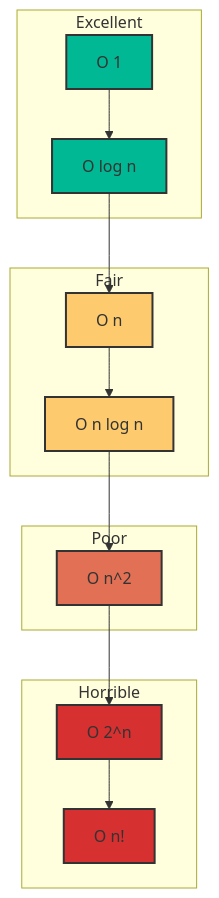
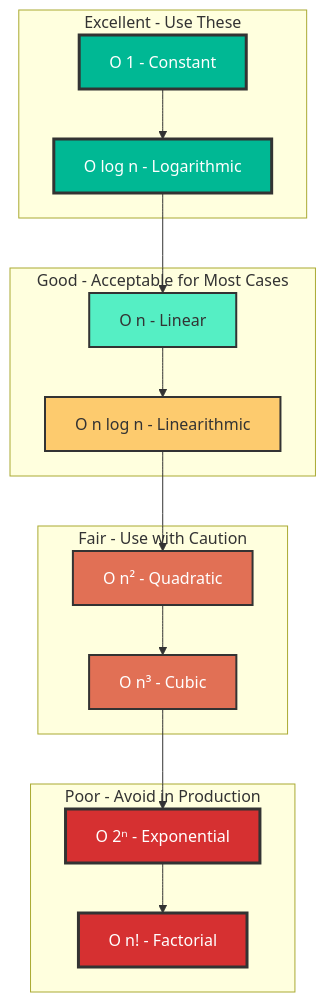
One commit to srinivasboini/interview-prep changed the first of 2 diagrams in algorithms/algorithms/01-complexity-analysis.md. Above: the diagram before and after it, drawn with Mermaid. The commit also changed other lines of this file and 50 other files, not shown here.

````diff
--- a/algorithms/algorithms/01-complexity-analysis.md
+++ b/algorithms/algorithms/01-complexity-analysis.md
@@ -28,36 +65,39 @@
 ```mermaid
 graph TD
-    subgraph "Excellent"
-    O1[O 1]
-    Olog[O log n]
+    subgraph "Excellent - Use These"
+    O1[O 1 - Constant]
+    Olog[O log n - Logarithmic]
     end
     
-    subgraph "Fair"
-    On[O n]
-    Onlog[O n log n]
+    subgraph "Good - Acceptable for Most Cases"
+    On[O n - Linear]
+    Onlog[O n log n - Linearithmic]
     end
     
-    subgraph "Poor"
-    On2[O n^2]
+    subgraph "Fair - Use with Caution"
+    On2[O n² - Quadratic]
+    On3[O n³ - Cubic]
     end
     
-    subgraph "Horrible"
-    O2n[O 2^n]
-    Onfac[O n!]
+    subgraph "Poor - Avoid in Production"
+    O2n[O 2ⁿ - Exponential]
+    Onfac[O n! - Factorial]
     end
     
     O1 --> Olog
     Olog --> On
     On --> Onlog
     Onlog --> On2
-    On2 --> O2n
+    On2 --> On3
+    On3 --> O2n
     O2n --> Onfac
     
-    style O1 fill:#00b894,stroke:#333,stroke-width:2px
-    style Olog fill:#00b894,stroke:#333,stroke-width:2px
-    style On fill:#fdcb6e,stroke:#333,stroke-width:2px
+    style O1 fill:#00b894,stroke:#333,stroke-width:3px,color:#fff
+    style Olog fill:#00b894,stroke:#333,stroke-width:3px,color:#fff
+    style On fill:#55efc4,stroke:#333,stroke-width:2px
     style Onlog fill:#fdcb6e,stroke:#333,stroke-width:2px
-    style On2 fill:#e17055,stroke:#333,stroke-width:2px
-    style O2n fill:#d63031,stroke:#333,stroke-width:2px
-    style Onfac fill:#d63031,stroke:#333,stroke-width:2px
+    style On2 fill:#e17055,stroke:#333,stroke-width:2px,color:#fff
+    style On3 fill:#e17055,stroke:#333,stroke-width:2px,color:#fff
+    style O2n fill:#d63031,stroke:#333,stroke-width:3px,color:#fff
+    style Onfac fill:#d63031,stroke:#333,stroke-width:3px,color:#fff
 ```
````
